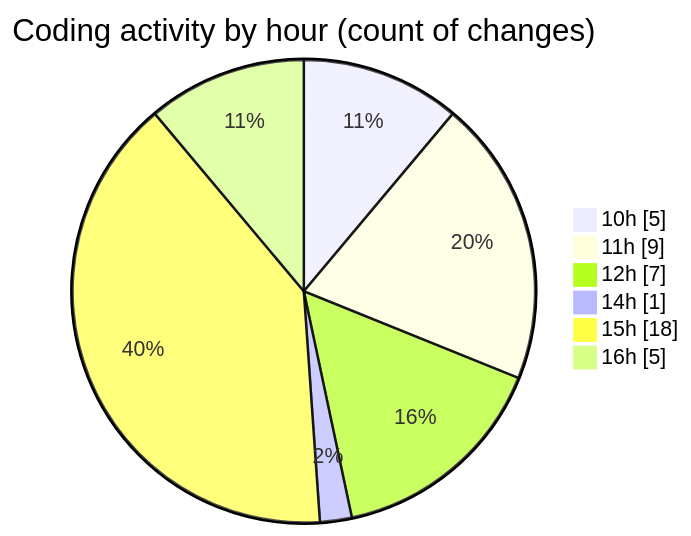
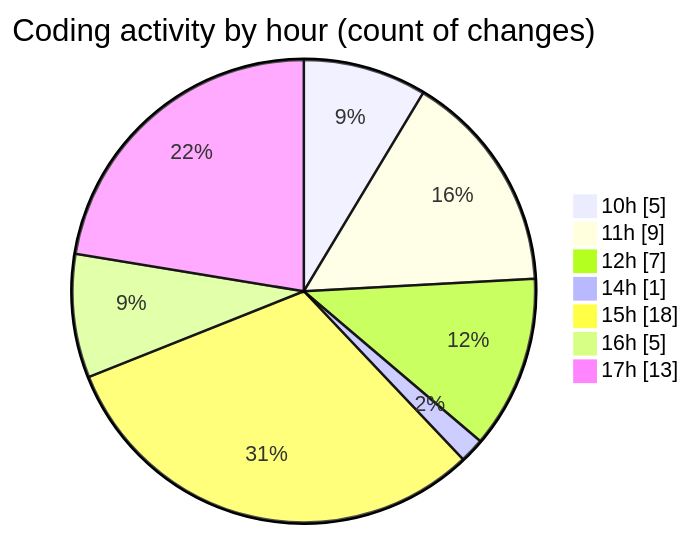
One commit to nxtqubesakshisongat/code-tracking changed the second of 2 diagrams in 2026-04-20/airfeed-analytics-dashboard/README.md. Above: the diagram before and after it, drawn with Mermaid. The commit also changed other lines of this file and 1 other file, not shown here.

````diff
--- a/2026-04-20/airfeed-analytics-dashboard/README.md
+++ b/2026-04-20/airfeed-analytics-dashboard/README.md
@@ -33,10 +38,11 @@
 ```mermaid
 pie showData
 title Coding activity by hour (count of changes)
 "10h" : 5
 "11h" : 9
 "12h" : 7
 "14h" : 1
 "15h" : 18
 "16h" : 5
+"17h" : 13
 ```
````
